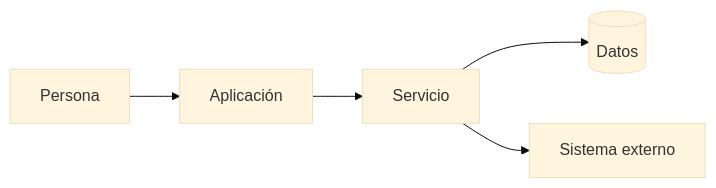
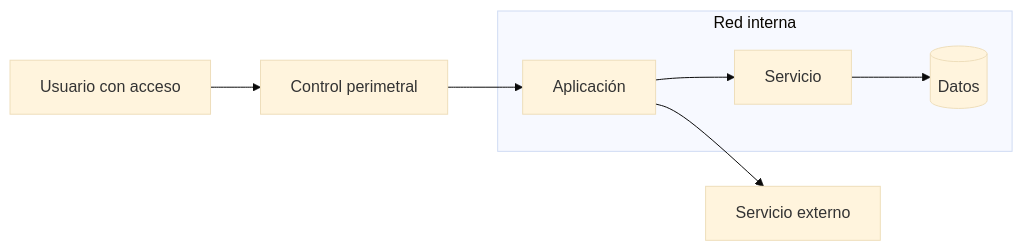
One commit to carlosmgc2003/slides-cuc-2026 changed the second of 7 diagrams in slides-clase-1.md. Above: the diagram before and after it, drawn with Mermaid (base theme). The commit also changed other lines of this file and 5 other files, not shown here.

````diff
--- a/slides-clase-1.md
+++ b/slides-clase-1.md
@@ -175,5 +184,9 @@
 ```mermaid
 flowchart LR
-  P[Persona] --> A[Aplicación] --> S[Servicio] --> D[(Datos)]
-  S --> E[Sistema externo]
+  U[Usuario con acceso] --> F[Control perimetral]
+  subgraph R[Red interna]
+    A[Aplicación] --> S[Servicio] --> D[(Datos)]
+  end
+  F --> A
+  A --> X[Servicio externo]
 ```
````
